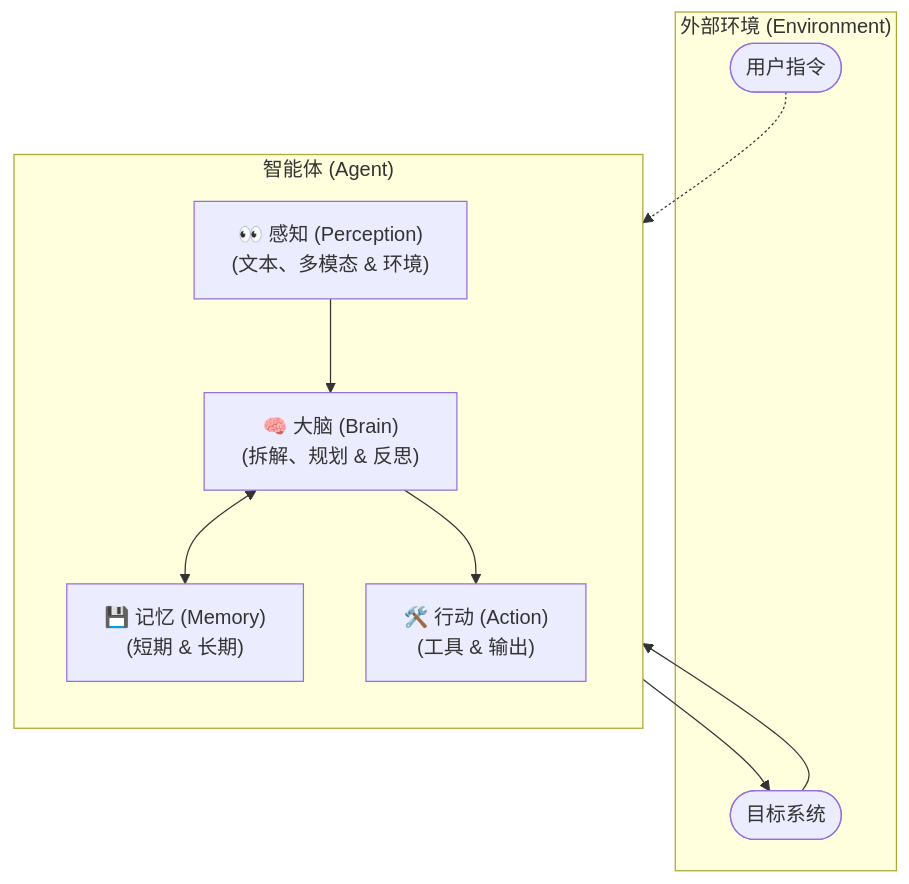
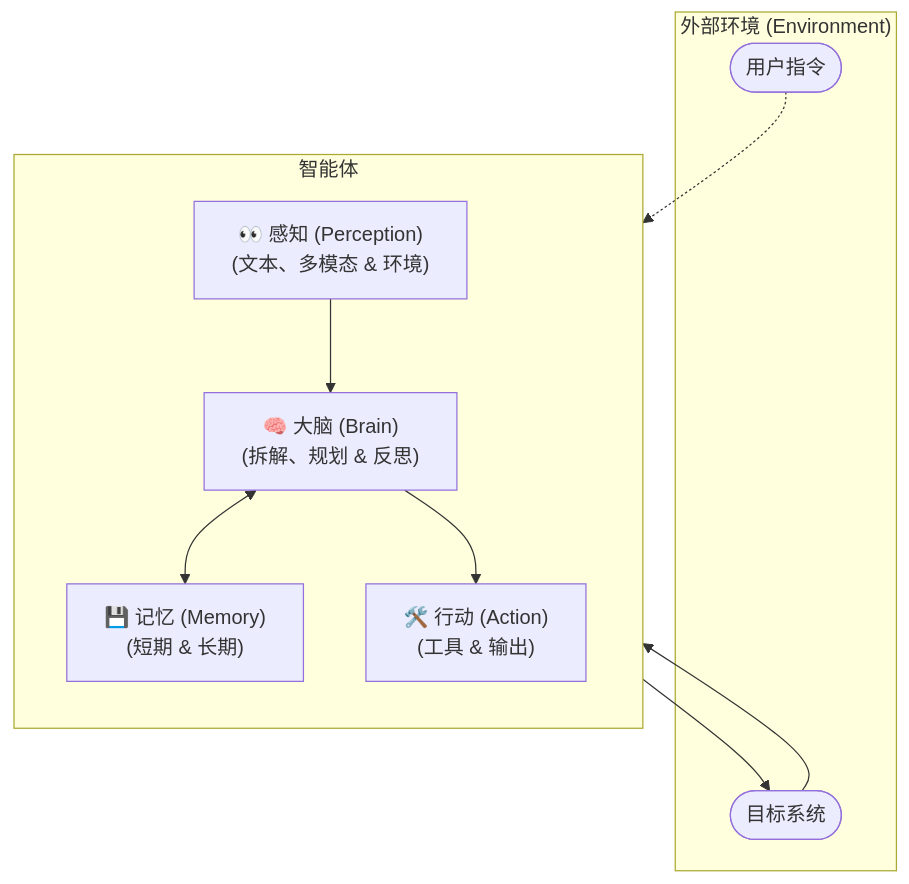
One commit to yeasy/agentic_ai_guide changed the diagram in 01_paradigm/1.3_components.md. Above: the diagram before and after it, drawn with Mermaid. The commit also changed other lines of this file and 33 other files, not shown here.

````diff
--- a/01_paradigm/1.3_components.md
+++ b/01_paradigm/1.3_components.md
@@ -11,23 +11,23 @@
 ```mermaid
 graph TD
     subgraph Environment["外部环境 (Environment)"]
         User(["用户指令"])
         System(["目标系统"])
     end
 
-    subgraph Agent["智能体 (Agent)"]
+    subgraph Agent["智能体"]
         direction TB
         Perception["👀 感知 (Perception)<br/>(文本、多模态 & 环境)"]
         Brain["🧠 大脑 (Brain)<br/>(拆解、规划 & 反思)"]
         Memory["💾 记忆 (Memory)<br/>(短期 & 长期)"]
         Action["🛠️ 行动 (Action)<br/>(工具 & 输出)"]
         
         Perception --> Brain
         Brain <--> Memory
         Brain --> Action
     end
 
     User -.-> Perception
     System --> Perception
     Action --> System
 ```
````
